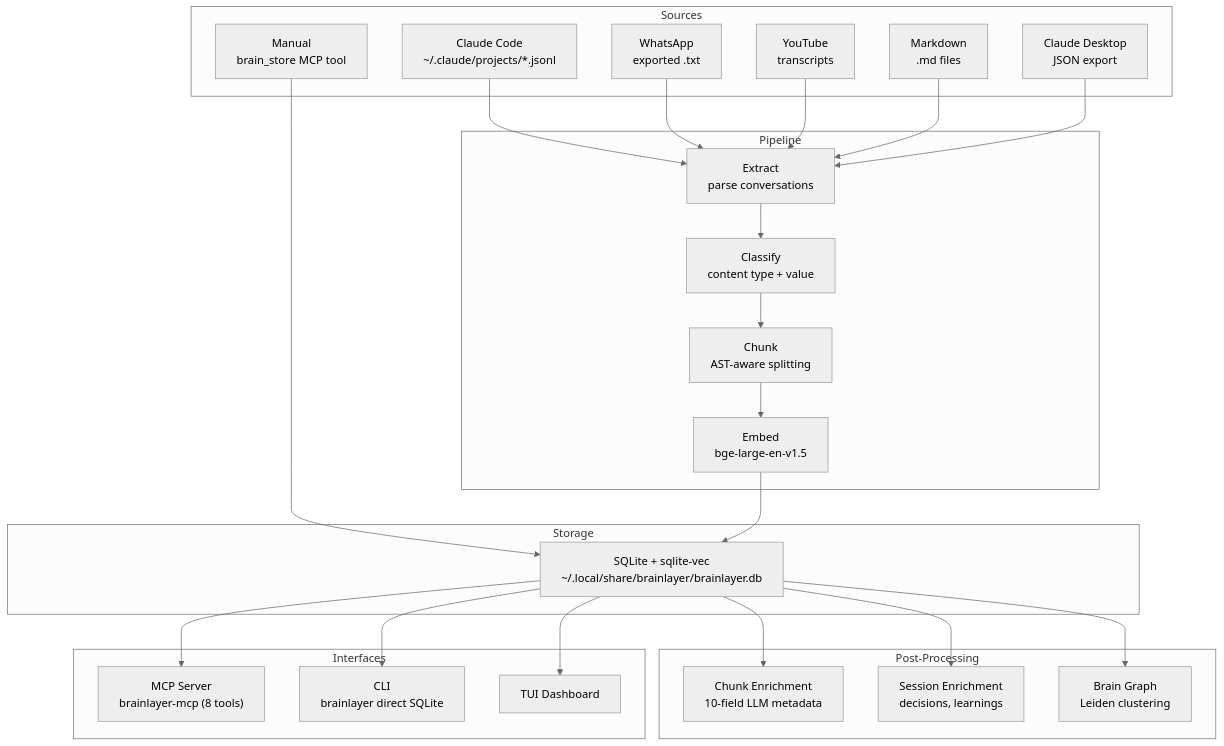
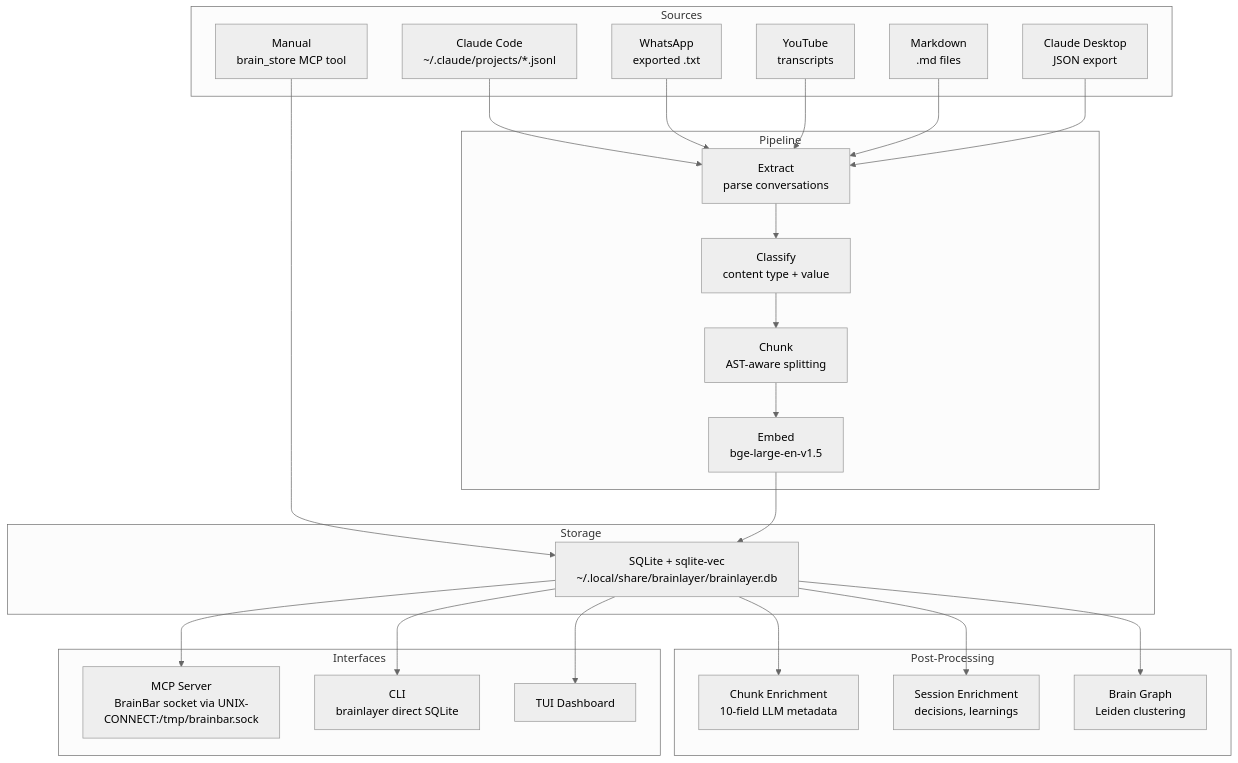
Before and after one commit to EtanHey/brainlayer: the diagram in docs/architecture.md, drawn with Mermaid (neutral theme). The commit also changed 14 other files, not shown here.

````diff
--- a/docs/architecture.md
+++ b/docs/architecture.md
@@ -7,40 +7,40 @@
 ```mermaid
 graph TD
     subgraph Sources
         A1["Claude Code<br/>~/.claude/projects/*.jsonl"]
         A2["WhatsApp<br/>exported .txt"]
         A3["YouTube<br/>transcripts"]
         A4["Markdown<br/>.md files"]
         A5["Claude Desktop<br/>JSON export"]
         A6["Manual<br/>brain_store MCP tool"]
     end
 
     subgraph Pipeline
         B1["Extract<br/>parse conversations"]
         B2["Classify<br/>content type + value"]
         B3["Chunk<br/>AST-aware splitting"]
         B4["Embed<br/>bge-large-en-v1.5"]
     end
 
     subgraph Storage
         C["SQLite + sqlite-vec<br/>~/.local/share/brainlayer/brainlayer.db"]
     end
 
     subgraph Post-Processing
         D1["Chunk Enrichment<br/>10-field LLM metadata"]
         D2["Session Enrichment<br/>decisions, learnings"]
         D3["Brain Graph<br/>Leiden clustering"]
     end
 
     subgraph Interfaces
-        E1["MCP Server<br/>brainlayer-mcp (8 tools)"]
+        E1["MCP Server<br/>BrainBar socket via UNIX-CONNECT:/tmp/brainbar.sock"]
         E2["CLI<br/>brainlayer direct SQLite"]
         E4["TUI Dashboard"]
     end
 
     A1 & A2 & A3 & A4 & A5 --> B1
     A6 --> C
     B1 --> B2 --> B3 --> B4 --> C
     C --> D1 & D2 & D3
     C --> E1 & E2 & E4
 ```
````
